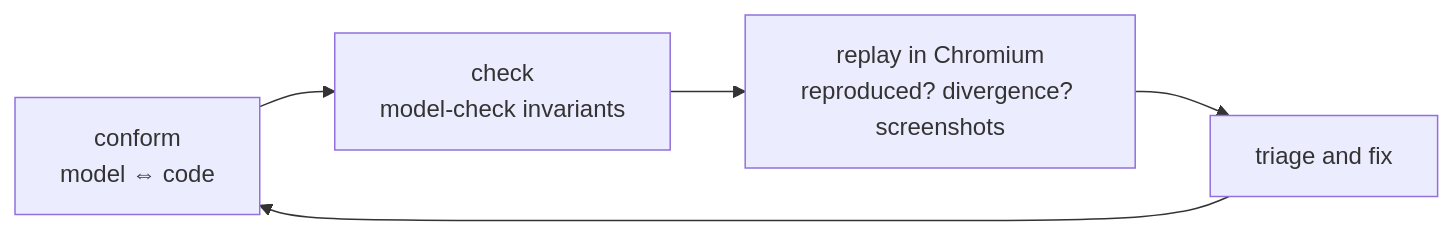
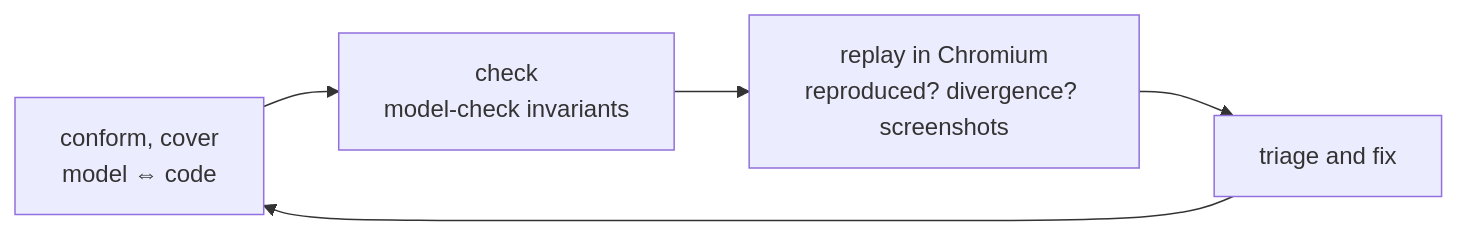
The diagram in verification/README.md (adobe/react-spectrum), drawn with Mermaid before and after one commit. The commit also changed other lines of this file and 16 other files, not shown here.

````diff
--- a/verification/README.md
+++ b/verification/README.md
@@ -48,7 +49,7 @@
 ```mermaid
 flowchart LR
-  conform["conform<br/>model ⇔ code"] --> check["check<br/>model-check invariants"]
+  conform["conform, cover<br/>model ⇔ code"] --> check["check<br/>model-check invariants"]
   check --> replay["replay in Chromium<br/>reproduced? divergence? screenshots"]
   replay --> triage["triage and fix"]
   triage --> conform
 ```
````
